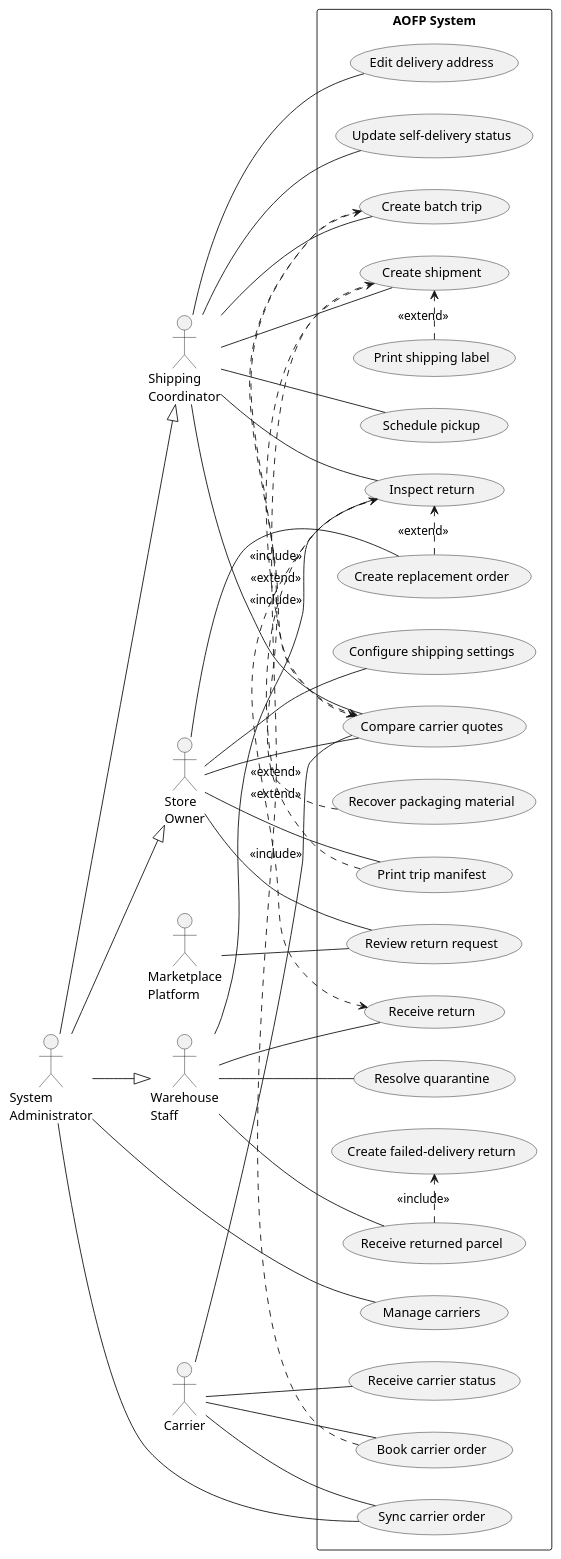
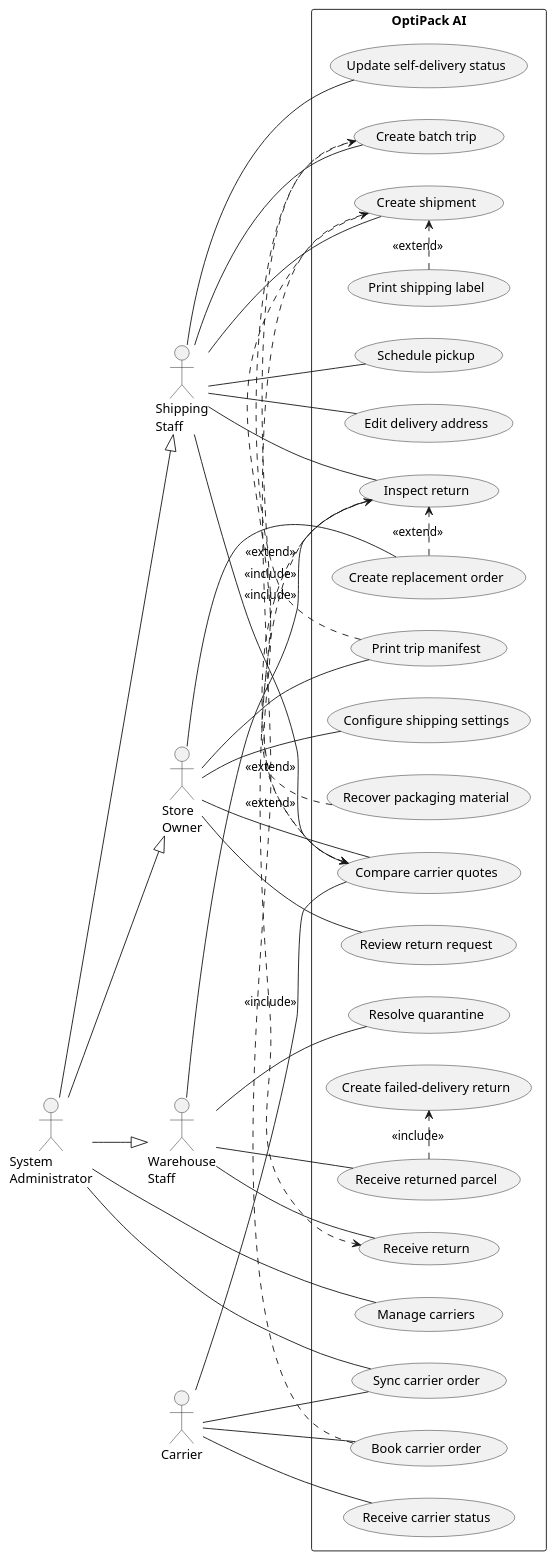
One commit to ThuaanNguyeen111/OptiPackAI changed the diagram in docs/diagrams/usecase/UC-P5_shipping_returns.puml. Above: the diagram before and after it, drawn with PlantUML. The commit also changed 7 other files, not shown here.

Commit message:
fix(AOFP-53): use case diagrams

```diff
--- a/docs/diagrams/usecase/UC-P5_shipping_returns.puml
+++ b/docs/diagrams/usecase/UC-P5_shipping_returns.puml
@@ -1,94 +1,90 @@
 @startuml UC37-44_Shipping_And_Returns
 left to right direction
 skinparam packageStyle rectangle
 
 actor "System\nAdministrator" as Admin
-actor "Shipping\nCoordinator" as Shipping
+actor "Shipping\nStaff" as Shipping
 actor "Store\nOwner" as Owner
 actor "Warehouse\nStaff" as Warehouse
 actor "Carrier" as Carrier
-actor "Marketplace\nPlatform" as Marketplace
 
-rectangle "AOFP System" {
+rectangle "OptiPack AI" {
   ' --- Carrier & shipping setup ---
   usecase "Manage carriers" as UC_Carriers
   usecase "Configure shipping settings" as UC_Settings
   usecase "Sync carrier order" as UC_SyncCarrier
   usecase "Receive carrier status" as UC_CarrierStatus
 
   ' --- Shipment ---
   usecase "Compare carrier quotes" as UC_Compare
   usecase "Create shipment" as UC_Shipment
   usecase "Book carrier order" as UC_Book
   usecase "Print shipping label" as UC_Label
   usecase "Create batch trip" as UC_BatchTrip
   usecase "Print trip manifest" as UC_Manifest
   usecase "Schedule pickup" as UC_Pickup
   usecase "Edit delivery address" as UC_EditAddr
   usecase "Update self-delivery status" as UC_SelfDelivery
 
   ' --- Returns ---
   usecase "Review return request" as UC_ReviewReturn
   usecase "Receive returned parcel" as UC_RecvParcel
   usecase "Create failed-delivery return" as UC_FailedReturn
   usecase "Inspect return" as UC_Inspect
   usecase "Receive return" as UC_RecvReturn
   usecase "Recover packaging material" as UC_Recover
   usecase "Create replacement order" as UC_Replacement
   usecase "Resolve quarantine" as UC_Quarantine
 }
 
 ' --- Generalization: Admin kế thừa Warehouse, Owner, Shipping ---
 Admin --|> Warehouse
 Admin --|> Owner
 Admin --|> Shipping
 
 ' --- System Administrator ---
 Admin -- UC_Carriers
 Admin -- UC_SyncCarrier
 
-' --- Shipping Coordinator ---
+' --- Shipping Staff ---
 Shipping -- UC_SelfDelivery
 Shipping -- UC_Pickup
 Shipping -- UC_EditAddr
 Shipping -- UC_Inspect
 Shipping -- UC_BatchTrip
 Shipping -- UC_Compare
 Shipping -- UC_Shipment
 
 ' --- Store Owner ---
 Owner -- UC_Settings
 Owner -- UC_Manifest
 Owner -- UC_Replacement
 Owner -- UC_ReviewReturn
 Owner -- UC_Compare
 
 ' --- Warehouse Staff ---
 Warehouse -- UC_Inspect
 Warehouse -- UC_RecvReturn
 Warehouse -- UC_Quarantine
 Warehouse -- UC_RecvParcel
 
 ' --- Carrier ---
 Carrier -- UC_SyncCarrier
 Carrier -- UC_CarrierStatus
 Carrier -- UC_Compare
 Carrier -- UC_Book
 
-' --- Marketplace Platform ---
-Marketplace -- UC_ReviewReturn
-
 ' --- Include ---
 UC_BatchTrip .> UC_Compare : <<include>>
 UC_Shipment .> UC_Compare : <<include>>
 UC_RecvParcel .> UC_FailedReturn : <<include>>
 UC_Inspect .> UC_RecvReturn : <<include>>
 
 ' --- Extend ---
 UC_Manifest .> UC_BatchTrip : <<extend>>
 UC_Book .> UC_Shipment : <<extend>>
 UC_Label .> UC_Shipment : <<extend>>
 UC_Recover .> UC_Inspect : <<extend>>
 UC_Replacement .> UC_Inspect : <<extend>>
 
 @enduml
```
